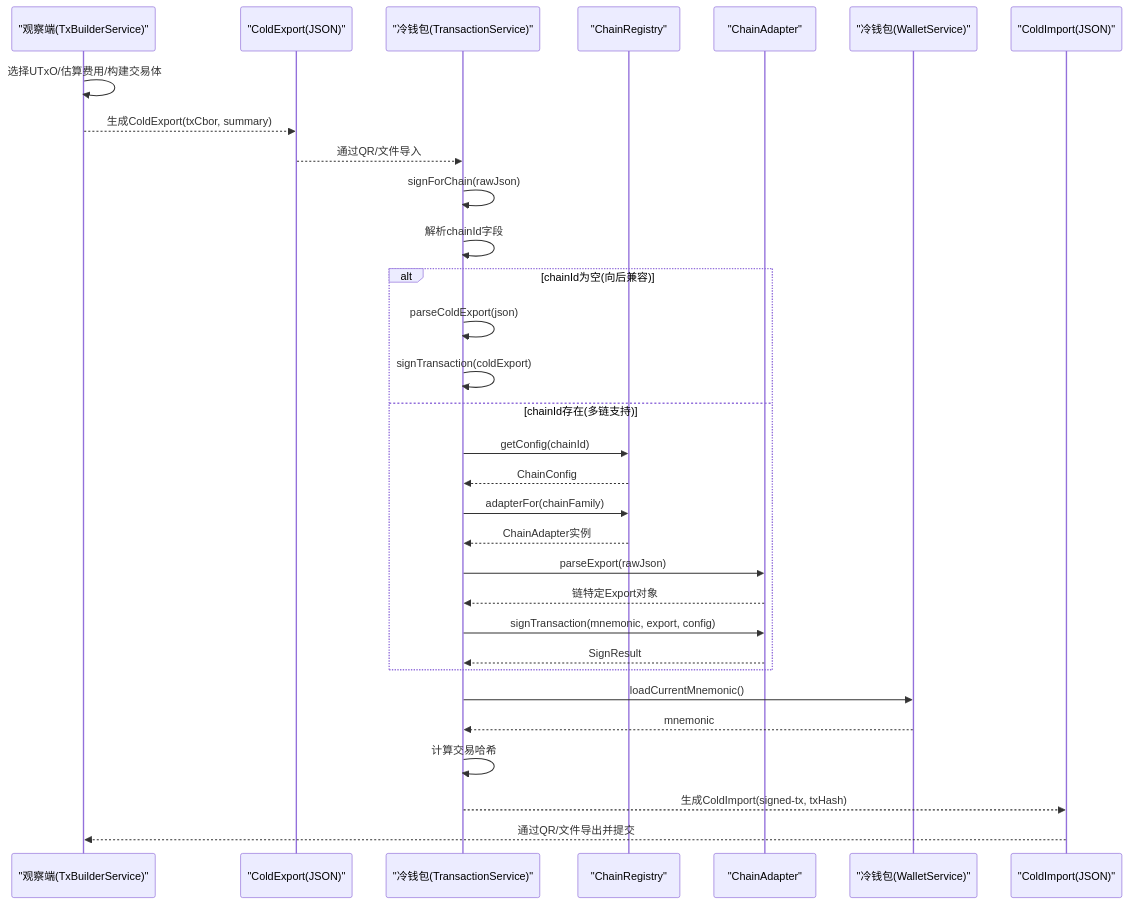
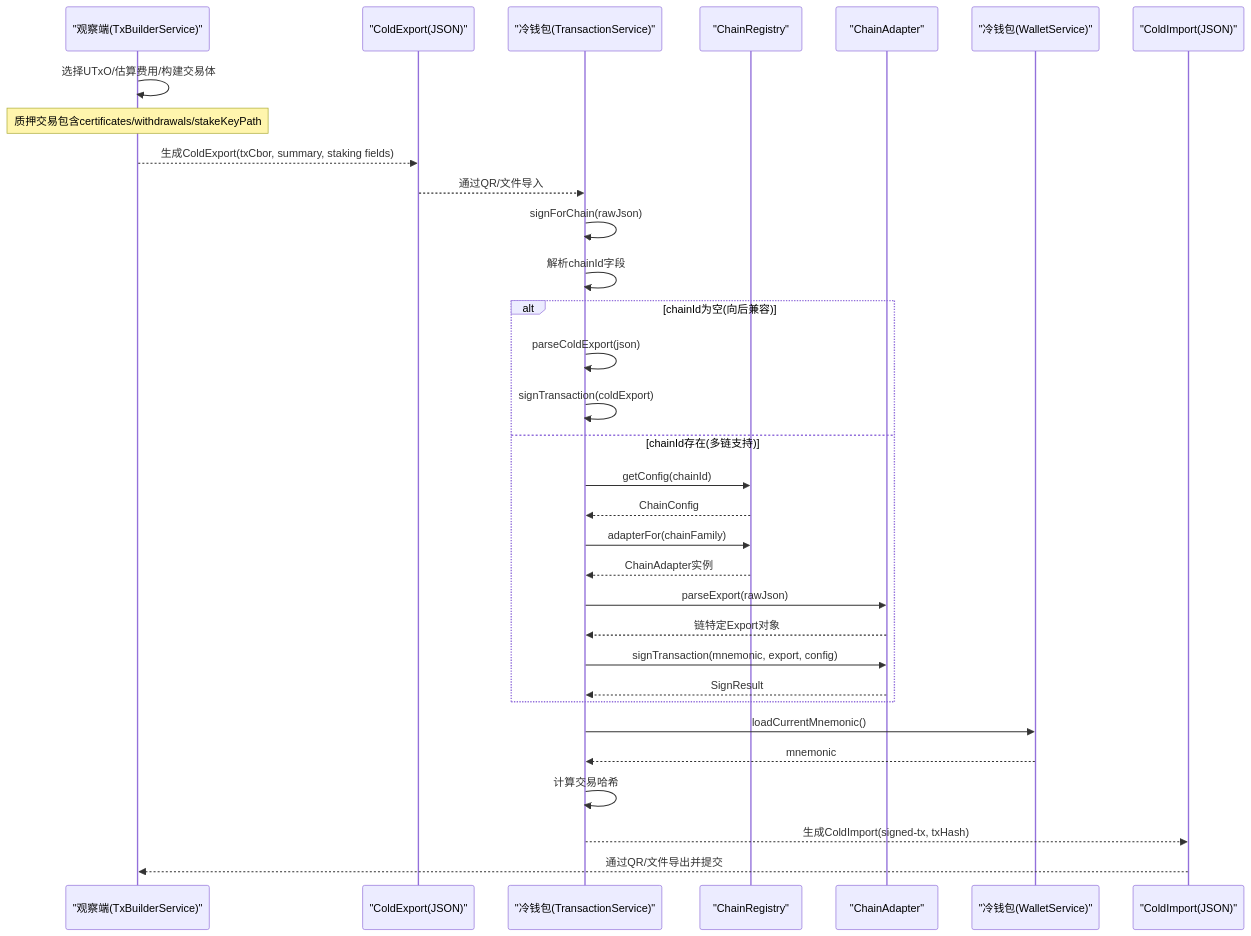
The second of 8 diagrams in .qoder/repowiki/zh/content/核心服务/交易处理服务.md (EqualToEthan/stasis), drawn with Mermaid before and after one commit. The commit also changed other lines of this file and 60 other files, not shown here.

````diff
--- a/.qoder/repowiki/zh/content/核心服务/交易处理服务.md
+++ b/.qoder/repowiki/zh/content/核心服务/交易处理服务.md
@@ -116,33 +122,34 @@
 ```mermaid
 sequenceDiagram
 participant Watch as "观察端(TxBuilderService)"
 participant Export as "ColdExport(JSON)"
 participant App as "冷钱包(TransactionService)"
 participant Registry as "ChainRegistry"
 participant Adapter as "ChainAdapter"
 participant Wallet as "冷钱包(WalletService)"
 participant Import as "ColdImport(JSON)"
 Watch->>Watch : 选择UTxO/估算费用/构建交易体
-Watch-->>Export : 生成ColdExport(txCbor, summary)
+Note over Watch : 质押交易包含certificates/withdrawals/stakeKeyPath
+Watch-->>Export : 生成ColdExport(txCbor, summary, staking fields)
 Export-->>App : 通过QR/文件导入
 App->>App : signForChain(rawJson)
 App->>App : 解析chainId字段
 alt chainId为空(向后兼容)
 App->>App : parseColdExport(json)
 App->>App : signTransaction(coldExport)
 else chainId存在(多链支持)
 App->>Registry : getConfig(chainId)
 Registry-->>App : ChainConfig
 App->>Registry : adapterFor(chainFamily)
 Registry-->>App : ChainAdapter实例
 App->>Adapter : parseExport(rawJson)
 Adapter-->>App : 链特定Export对象
 App->>Adapter : signTransaction(mnemonic, export, config)
 Adapter-->>App : SignResult
 end
 App->>Wallet : loadCurrentMnemonic()
 Wallet-->>App : mnemonic
 App->>App : 计算交易哈希
 App-->>Import : 生成ColdImport(signed-tx, txHash)
 Import-->>Watch : 通过QR/文件导出并提交
 ```
````
